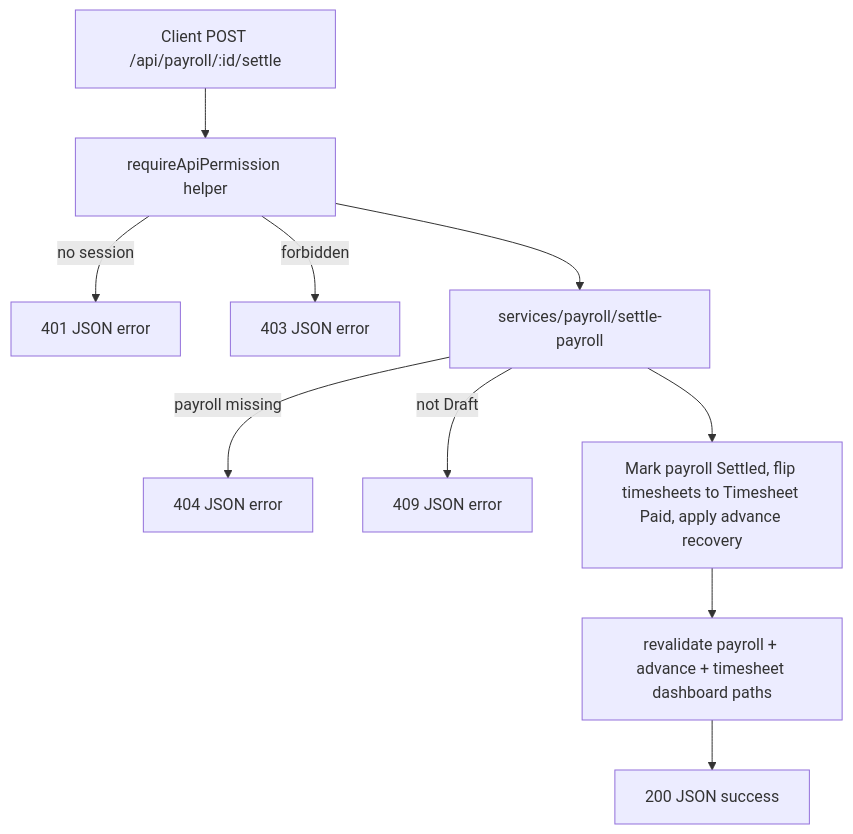
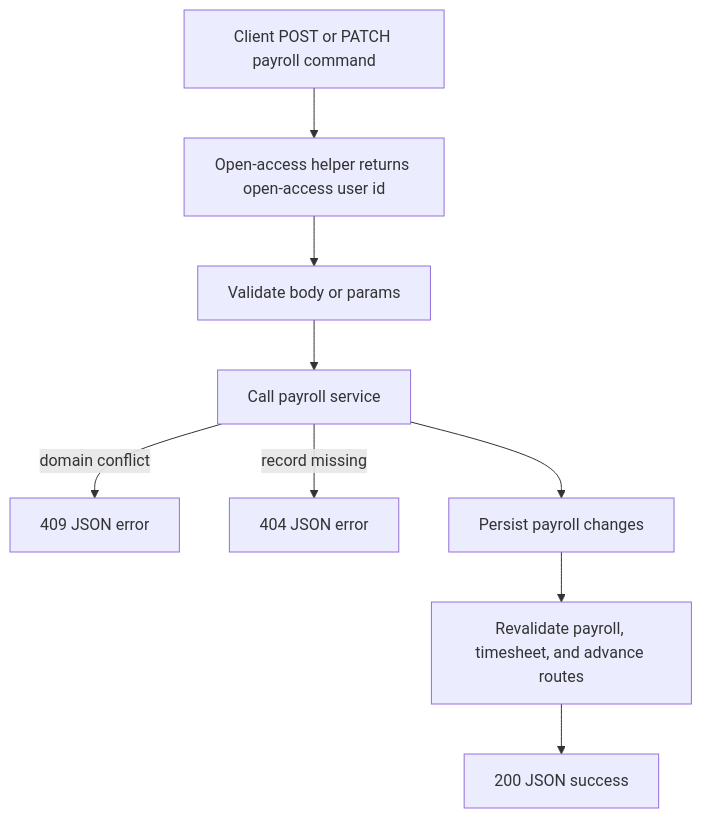
Before and after one commit to daniellim922/One-Laundry-Project-Alpha-v1: the third of 5 diagrams in .codex/docs/api-workflows.md, drawn with Mermaid. The commit also changed other lines of this file and 7 other files, not shown here.

````diff
--- a/.codex/docs/api-workflows.md
+++ b/.codex/docs/api-workflows.md
@@ -85,12 +58,11 @@
 ```mermaid
 flowchart TD
-    A[Client POST /api/payroll/:id/settle] --> B[requireApiPermission helper]
-    B -->|no session| C[401 JSON error]
-    B -->|forbidden| D[403 JSON error]
-    B --> E[services/payroll/settle-payroll]
-    E -->|payroll missing| F[404 JSON error]
-    E -->|not Draft| G[409 JSON error]
-    E --> H[Mark payroll Settled, flip timesheets to Timesheet Paid, apply advance recovery]
-    H --> I[revalidate payroll + advance + timesheet dashboard paths]
-    I --> J[200 JSON success]
+    A[Client POST or PATCH payroll command] --> B[Open-access helper returns open-access user id]
+    B --> C[Validate body or params]
+    C --> D[Call payroll service]
+    D -->|domain conflict| E[409 JSON error]
+    D -->|record missing| F[404 JSON error]
+    D --> G[Persist payroll changes]
+    G --> H[Revalidate payroll, timesheet, and advance routes]
+    H --> I[200 JSON success]
 ```
````
